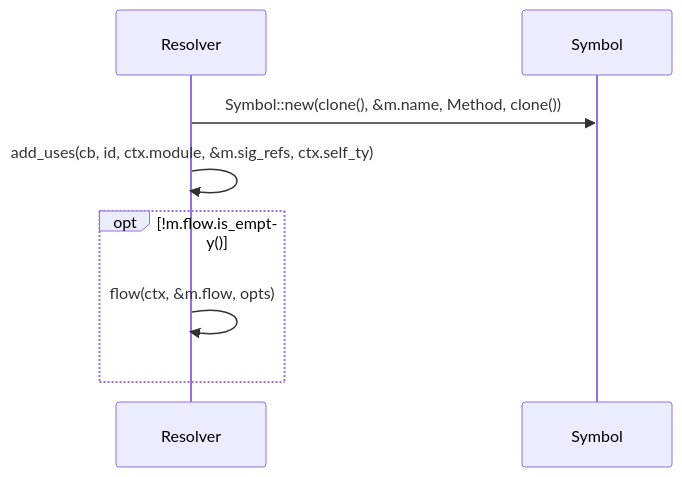
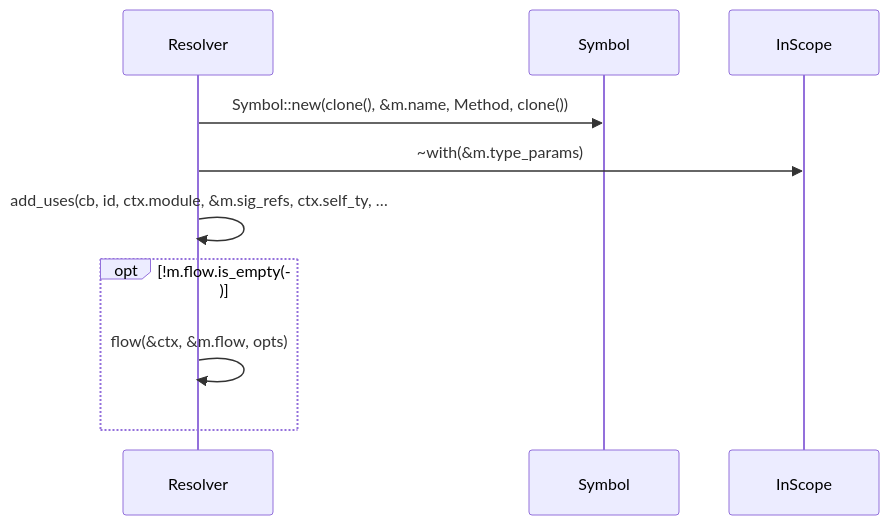
One commit to DreamLab-AI/codemaid changed diagram 19 of 25 in docs/sealmap/crates/sealmap-rust/src/resolve.rs.md. Above: the diagram before and after it, drawn with Mermaid. The commit also changed other lines of this file and 8 other files, not shown here.

First line of the commit message:
fix(sealmap-rust): resolve generic parameters from declared scope, not name shape

````diff
--- a/docs/sealmap/crates/sealmap-rust/src/resolve.rs.md
+++ b/docs/sealmap/crates/sealmap-rust/src/resolve.rs.md
@@ -488,10 +555,12 @@
 ```mermaid
 sequenceDiagram
   participant sealmap_rust__resolve___tResolver as Resolver
   participant sealmap_model__symbol___tSymbol as Symbol
+  participant sealmap_rust__resolve___tInScope as InScope
   sealmap_rust__resolve___tResolver->>sealmap_model__symbol___tSymbol: Symbol::new(clone(), &m.name, Method, clone())
-  sealmap_rust__resolve___tResolver->>sealmap_rust__resolve___tResolver: add_uses(cb, id, ctx.module, &m.sig_refs, ctx.self_ty)
+  sealmap_rust__resolve___tResolver->>sealmap_rust__resolve___tInScope: ~with(&m.type_params)
+  sealmap_rust__resolve___tResolver->>sealmap_rust__resolve___tResolver: add_uses(cb, id, ctx.module, &m.sig_refs, ctx.self_ty, …
   opt !m.flow.is_empty()
-    sealmap_rust__resolve___tResolver->>sealmap_rust__resolve___tResolver: flow(ctx, &m.flow, opts)
+    sealmap_rust__resolve___tResolver->>sealmap_rust__resolve___tResolver: flow(&ctx, &m.flow, opts)
   end
 ```
````
